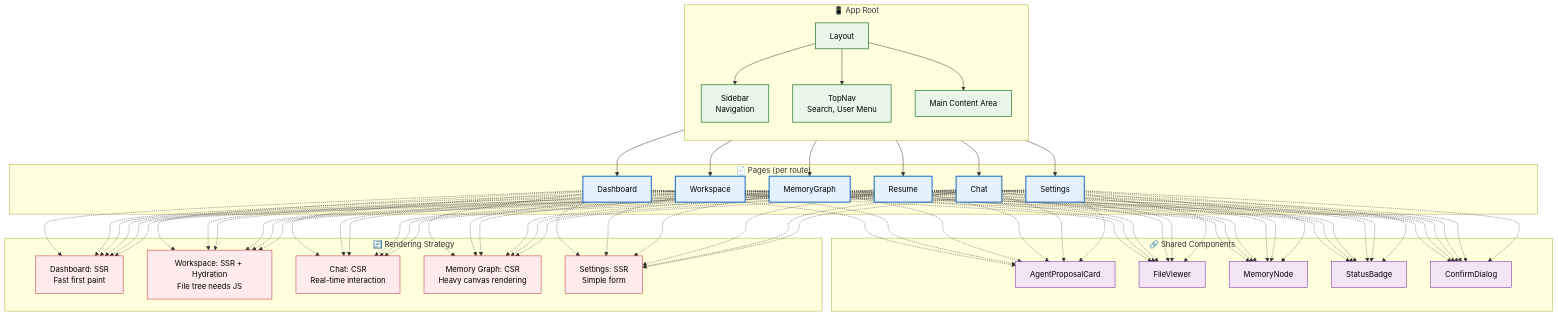
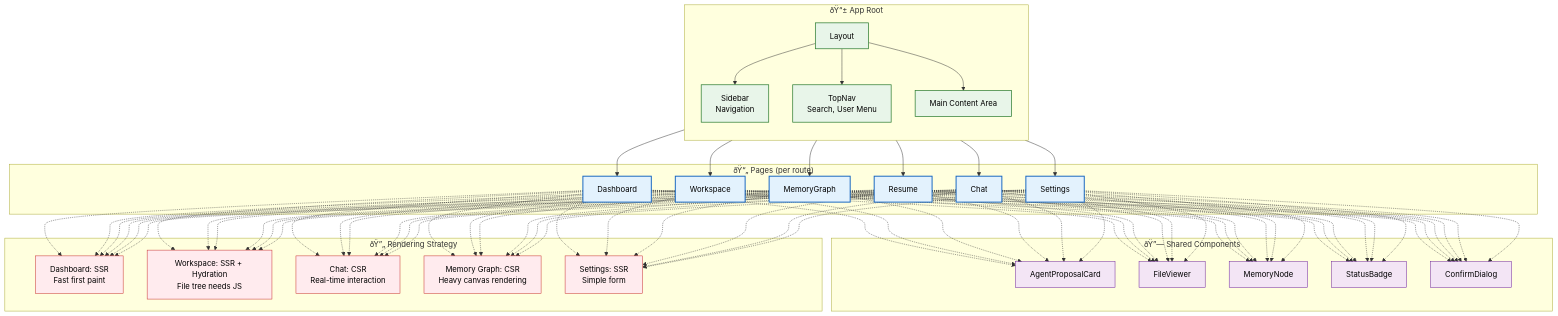
Before and after one commit to Driftloom/Vaeloom: the diagram in Docs/Frontend/UI-Architecture.md, drawn with Mermaid. The commit also changed other lines of this file and 249 other files, not shown here.

````diff
--- a/Docs/Frontend/UI-Architecture.md
+++ b/Docs/Frontend/UI-Architecture.md
@@ -10,51 +10,51 @@
 ```mermaid
 graph TD
     classDef app fill:#e3f2fd,stroke:#1565c0,color:#000,stroke-width:2px
     classDef layout fill:#e8f5e9,stroke:#2e7d32,color:#000,stroke-width:1.5px
     classDef page fill:#fff3e0,stroke:#e65100,color:#000,stroke-width:1.5px
     classDef shared fill:#f3e5f5,stroke:#6a1b9a,color:#000,stroke-width:1px
     classDef render fill:#ffebee,stroke:#c62828,color:#000,stroke-width:1px
 
-    subgraph App["📱 App Root"]
+    subgraph App["ðŸ“± App Root"]
         direction TB
         LAYOUT["Layout"]
         SIDEBAR["Sidebar<br/>Navigation"]
         TOPNAV["TopNav<br/>Search, User Menu"]
         MAIN["Main Content Area"]
     end
 
-    subgraph Pages["📄 Pages (per route)"]
+    subgraph Pages["ðŸ“„ Pages (per route)"]
         P1["Dashboard"]
         P2["Workspace"]
         P3["MemoryGraph"]
         P4["Resume"]
         P5["Chat"]
         P6["Settings"]
     end
 
-    subgraph Shared["🔗 Shared Components"]
+    subgraph Shared["ðŸ”— Shared Components"]
         U1["AgentProposalCard"]
         U2["FileViewer"]
         U3["MemoryNode"]
         U4["StatusBadge"]
         U5["ConfirmDialog"]
     end
 
-    subgraph Rendering["🔄 Rendering Strategy"]
+    subgraph Rendering["ðŸ”„ Rendering Strategy"]
         R1["Dashboard: SSR<br/>Fast first paint"]
         R2["Workspace: SSR + Hydration<br/>File tree needs JS"]
         R3["Chat: CSR<br/>Real-time interaction"]
         R4["Memory Graph: CSR<br/>Heavy canvas rendering"]
         R5["Settings: SSR<br/>Simple form"]
     end
 
     LAYOUT --> SIDEBAR & TOPNAV & MAIN
     MAIN --> P1 & P2 & P3 & P4 & P5 & P6
     P1 & P2 & P3 & P4 & P5 & P6 -.-> U1 & U2 & U3 & U4 & U5
     P1 & P2 & P3 & P4 & P5 & P6 -.-> R1 & R2 & R3 & R4 & R5
 
     class LAYOUT,SIDEBAR,TOPNAV,MAIN layout
     class P1,P2,P3,P4,P5,P6 app
     class U1,U2,U3,U4,U5 shared
     class R1,R2,R3,R4,R5 render
 ```
````
